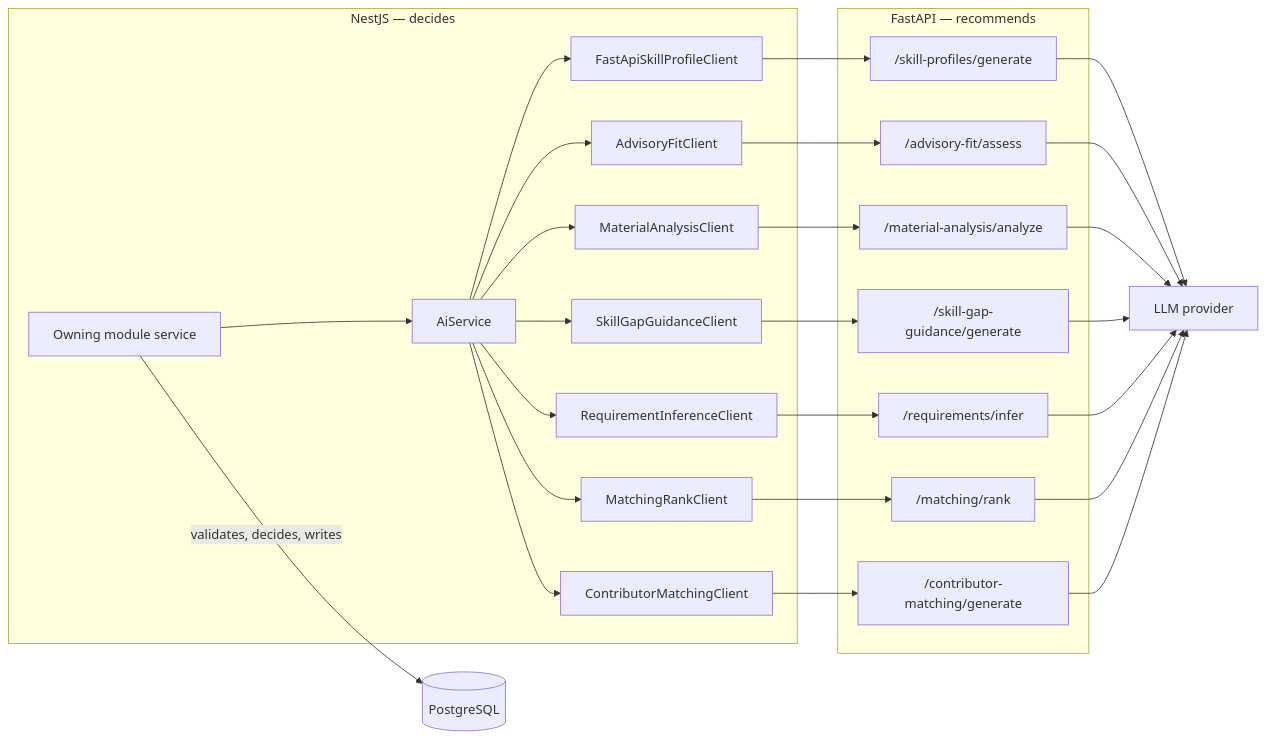
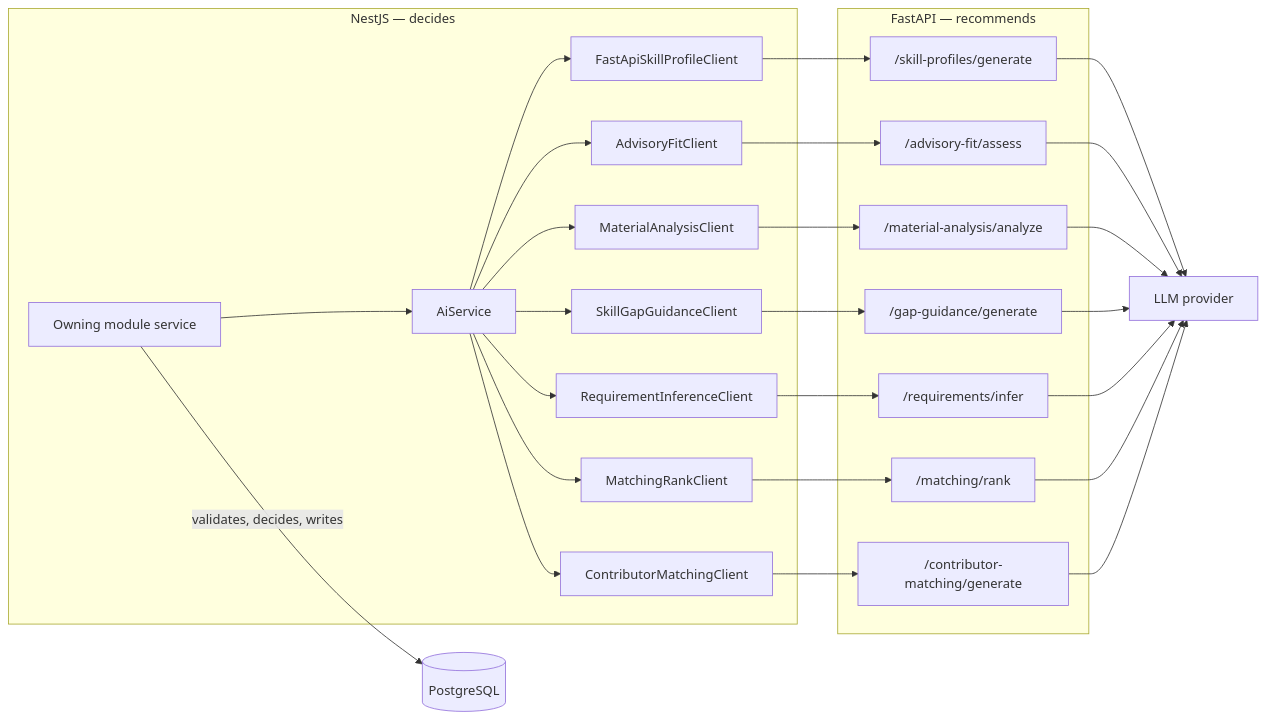
The fifth of 6 diagrams in docs/diagrams/high-level-architecture.md (ITI-Sharek/Sharek), drawn with Mermaid before and after one commit. The commit also changed 7 other files, not shown here.

Commit message:
refactor: rename skill gap guidance endpoint path to /gap-guidance/generate

````diff
--- a/docs/diagrams/high-level-architecture.md
+++ b/docs/diagrams/high-level-architecture.md
@@ -250,44 +250,44 @@
 ```mermaid
 flowchart LR
   subgraph NEST["NestJS — decides"]
     CALLER["Owning module service"]
     AISVC["AiService"]
     C1["FastApiSkillProfileClient"]
     C2["AdvisoryFitClient"]
     C3["MaterialAnalysisClient"]
     C4["SkillGapGuidanceClient"]
     C5["RequirementInferenceClient"]
     C6["MatchingRankClient"]
     C7["ContributorMatchingClient"]
   end
 
   subgraph PY["FastAPI — recommends"]
     A1["/skill-profiles/generate"]
     A2["/advisory-fit/assess"]
     A3["/material-analysis/analyze"]
-    A4["/skill-gap-guidance/generate"]
+    A4["/gap-guidance/generate"]
     A5["/requirements/infer"]
     A6["/matching/rank"]
     A7["/contributor-matching/generate"]
   end
 
   PROVIDER["LLM provider"]
 
   CALLER --> AISVC
   AISVC --> C1 --> A1
   AISVC --> C2 --> A2
   AISVC --> C3 --> A3
   AISVC --> C4 --> A4
   AISVC --> C5 --> A5
   AISVC --> C6 --> A6
   AISVC --> C7 --> A7
   A1 --> PROVIDER
   A2 --> PROVIDER
   A3 --> PROVIDER
   A4 --> PROVIDER
   A5 --> PROVIDER
   A6 --> PROVIDER
   A7 --> PROVIDER
 
   CALLER -->|"validates, decides, writes"| DB[("PostgreSQL")]
 ```
````
